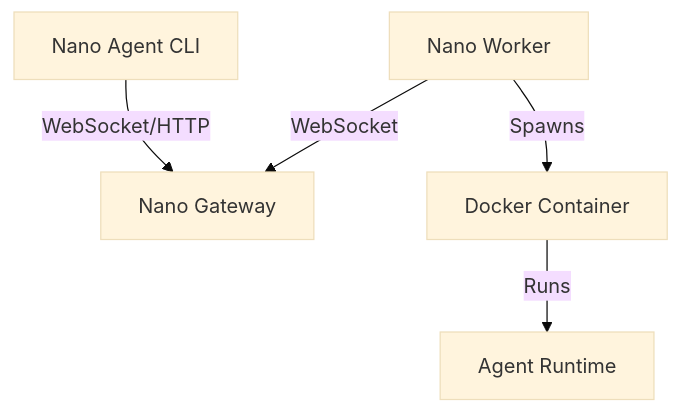
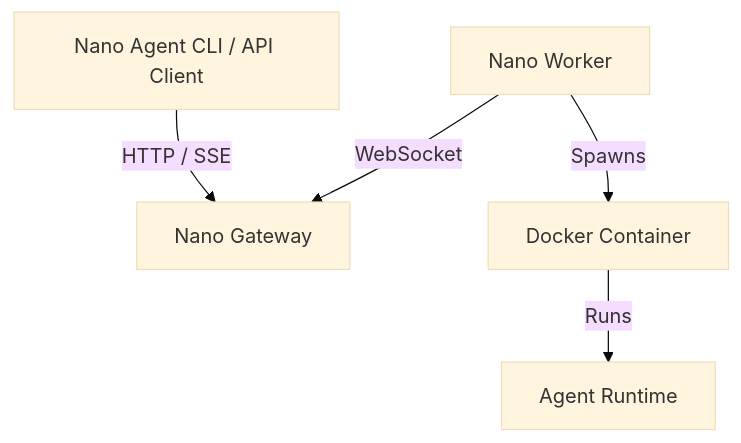
Before and after one commit to nano-harness/nano-cloud: the diagram in README.md, drawn with Mermaid (base theme). The commit also changed other lines of this file and 37 other files, not shown here.

````diff
--- a/README.md
+++ b/README.md
@@ -5,7 +9,7 @@
 ```mermaid
 graph TD
-    A[Nano Agent CLI] -->|WebSocket/HTTP| G[Nano Gateway]
+    A[Nano Agent CLI / API Client] -->|HTTP / SSE| G[Nano Gateway]
     W[Nano Worker] -->|WebSocket| G
     W -->|Spawns| D[Docker Container]
     D -->|Runs| R[Agent Runtime]
 ```
````
